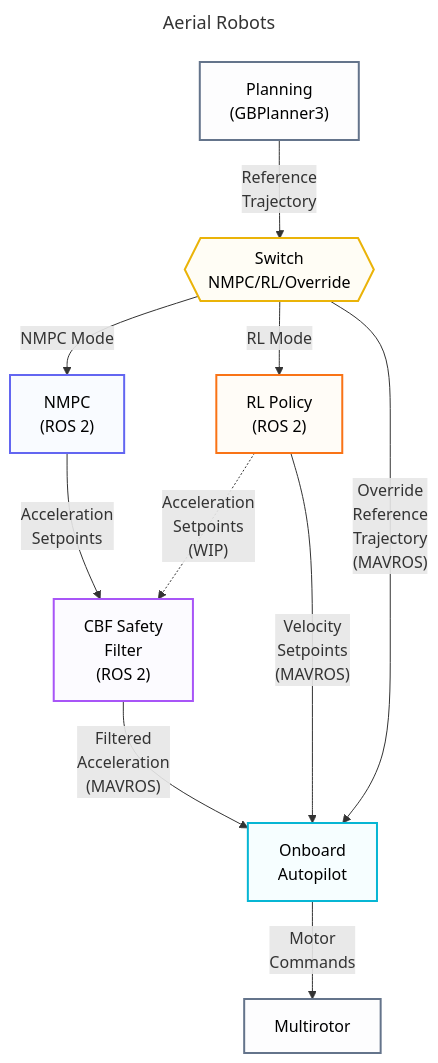
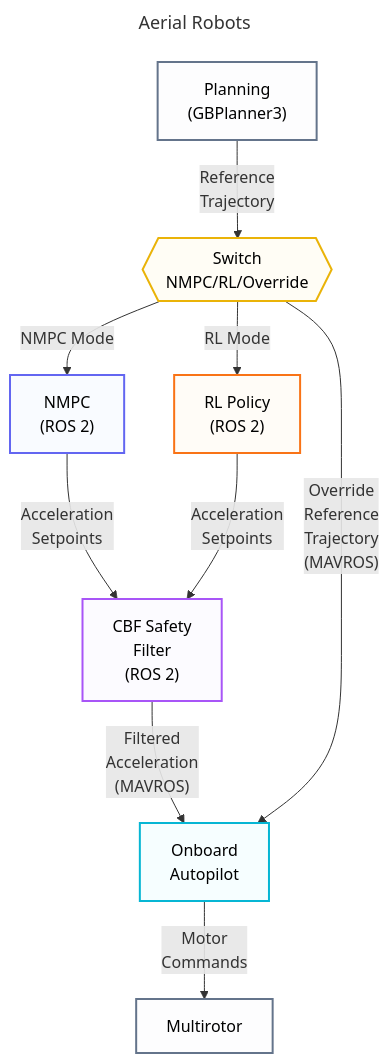
The first of 2 diagrams in docs/navigation.md (ntnu-arl/unified_autonomy_stack), drawn with Mermaid before and after one commit. The commit also changed 1 other file, not shown here.

Commit message:
updated mermaid chart

````diff
--- a/docs/navigation.md
+++ b/docs/navigation.md
@@ -26,36 +26,35 @@
 ```mermaid
 ---
 title: Aerial Robots
 ---
 graph TB
     Planner["Planning<br/>(GBPlanner3)"]
     Selector{{"Switch<br/>NMPC/RL/Override"}}
     
     Planner -->|Reference<br/>Trajectory| Selector
     
     Selector -->|NMPC Mode| NMPC["NMPC<br/>(ROS 2)"]
     Selector -->|RL Mode| RL["RL Policy<br/>(ROS 2)"]
     
     NMPC -->|Acceleration<br/>Setpoints| CBF["CBF Safety<br/>Filter<br/>(ROS 2)"]
-    RL -.->|"Acceleration<br/>Setpoints<br/>(WIP)"| CBF
+    RL -->|"Acceleration<br/>Setpoints"| CBF
     
     CBF -->|"Filtered<br/>Acceleration<br/>(MAVROS)"| Autopilot["Onboard<br/>Autopilot"]
-    RL -->|"Velocity<br/>Setpoints<br/>(MAVROS)"| Autopilot
     
     Autopilot -->|Motor<br/>Commands| Robot["Multirotor"]
     Selector -->|"Override<br/>Reference<br/>Trajectory<br/>(MAVROS)"| Autopilot
 
     classDef nmpc fill:#e0e7ff30,stroke:#6366f1,stroke-width:2px,color:#000
     classDef rl fill:#ffedd530,stroke:#f97316,stroke-width:2px,color:#000
     classDef cbf fill:#ede9fe30,stroke:#a855f7,stroke-width:2px,color:#000
     classDef autopilot fill:#cffafe30,stroke:#06b6d4,stroke-width:2px,color:#000
     classDef switch fill:#fef3c730,stroke:#eab308,stroke-width:2px,color:#000
     classDef other fill:#f1f5f930,stroke:#64748b,stroke-width:2px,color:#000
     
     class NMPC nmpc
     class RL rl
     class CBF cbf
     class Autopilot autopilot
     class Selector switch
     class Planner,Robot other
 ```
````
